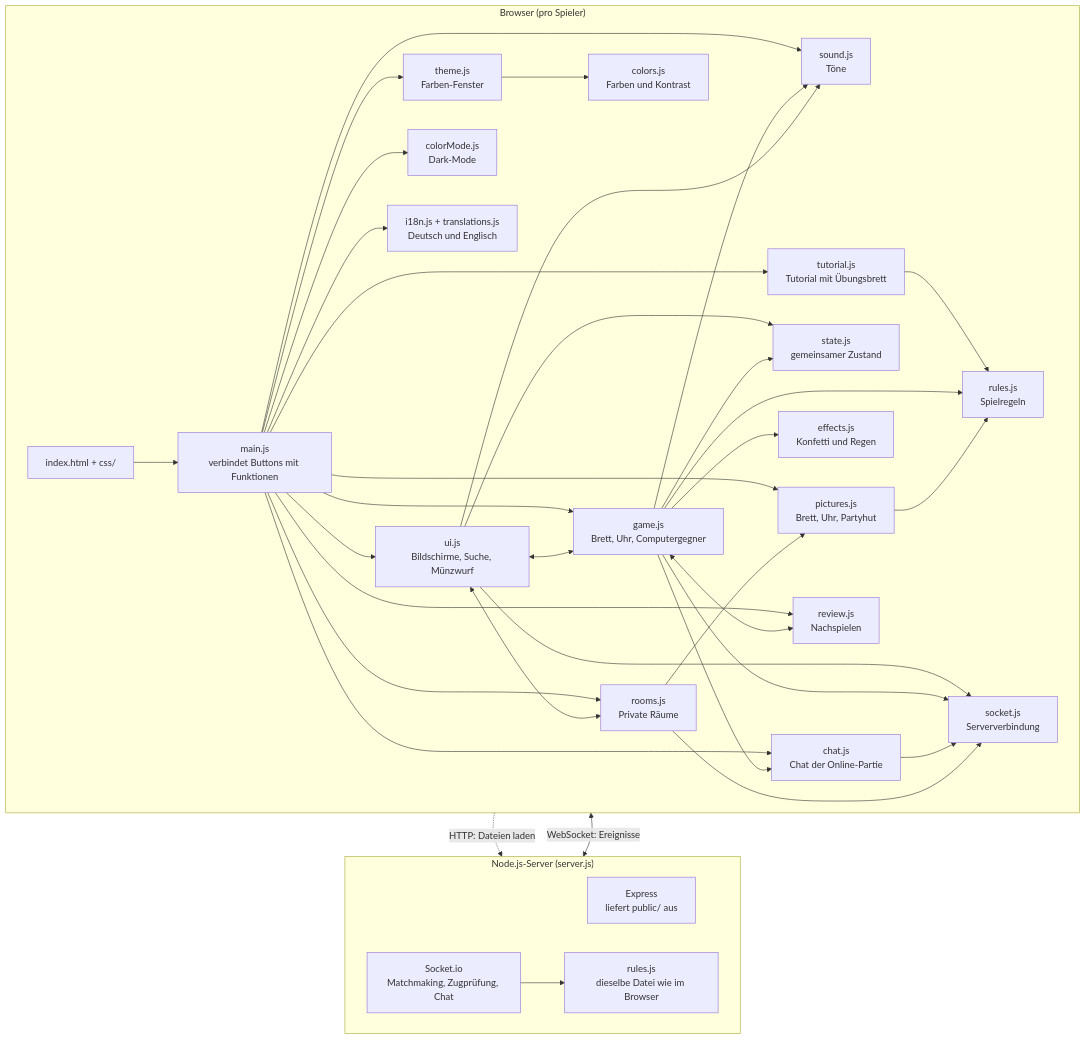
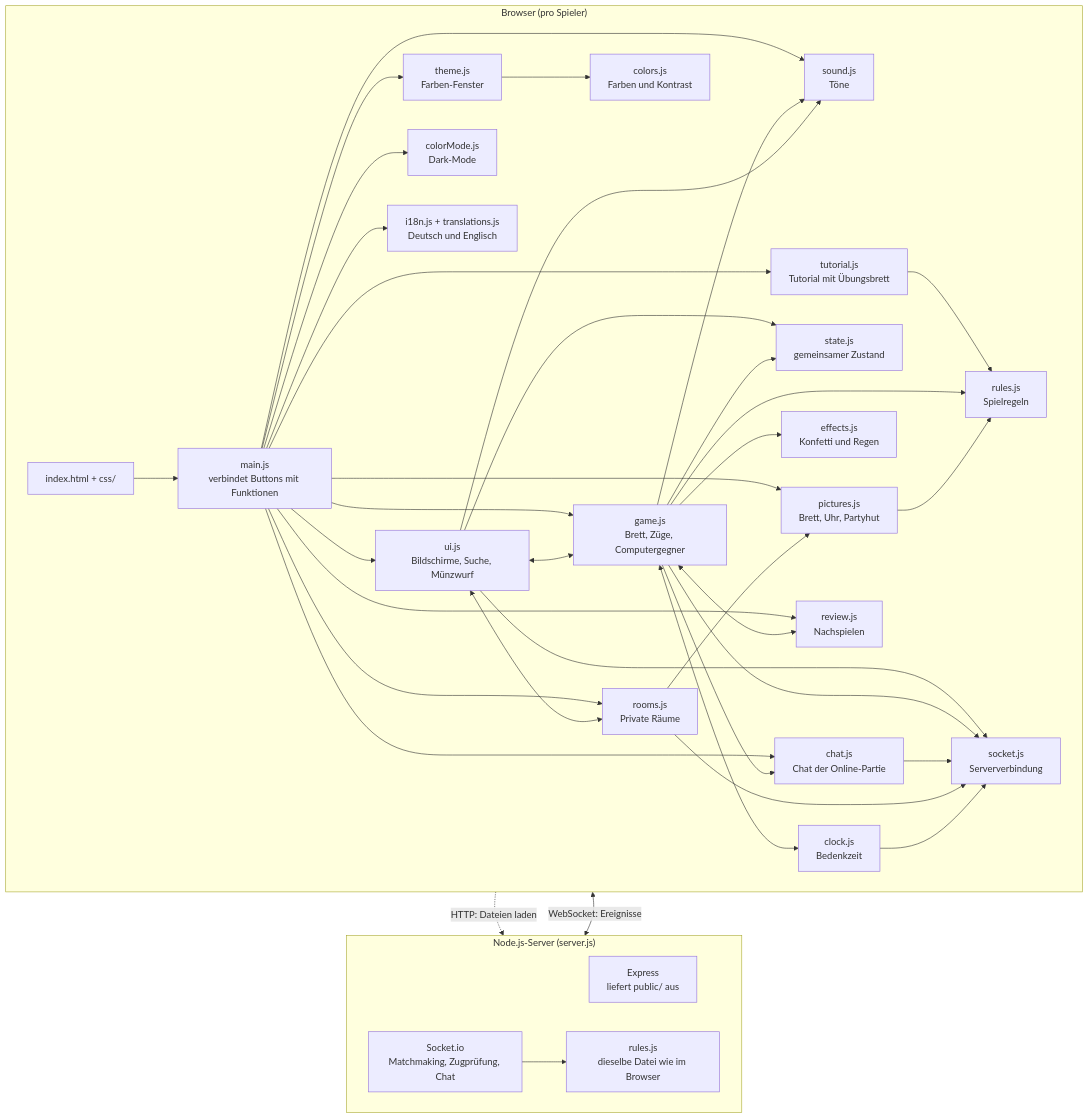
The first of 2 diagrams in README.md (flofries00/WebProgDHBWDame), drawn with Mermaid before and after one commit. The commit also changed other lines of this file and 2 other files, not shown here.

Commit message:
Auslagern: Bedenkzeit-Anzeige von game.js nach clock.js (startClock, switchClock, stopClock, eigene activeColor), README

````diff
--- a/README.md
+++ b/README.md
@@ -164,65 +165,68 @@
 ```mermaid
 flowchart TB
     subgraph Browser["Browser (pro Spieler)"]
         direction LR
         HTML["index.html + css/"]
         Main["main.js<br/>verbindet Buttons mit Funktionen"]
         UI["ui.js<br/>Bildschirme, Suche, Münzwurf"]
-        Game["game.js<br/>Brett, Uhr, Computergegner"]
+        Game["game.js<br/>Brett, Züge, Computergegner"]
         RulesC["rules.js<br/>Spielregeln"]
         Sound["sound.js<br/>Töne"]
         Theme["theme.js<br/>Farben-Fenster"]
         Colors["colors.js<br/>Farben und Kontrast"]
         ColorMode["colorMode.js<br/>Dark-Mode"]
         Tutorial["tutorial.js<br/>Tutorial mit Übungsbrett"]
         State["state.js<br/>gemeinsamer Zustand"]
         SocketC["socket.js<br/>Serververbindung"]
         I18n["i18n.js + translations.js<br/>Deutsch und Englisch"]
         Pictures["pictures.js<br/>Brett, Uhr, Partyhut"]
         Effects["effects.js<br/>Konfetti und Regen"]
         Chat["chat.js<br/>Chat der Online-Partie"]
         Rooms["rooms.js<br/>Private Räume"]
         Review["review.js<br/>Nachspielen"]
+        Clock["clock.js<br/>Bedenkzeit"]
         HTML --> Main
         Main --> UI
         Main --> Game
         Main --> Sound
         Main --> Theme
         Main --> ColorMode
         Main --> Tutorial
         Tutorial --> RulesC
         Theme --> Colors
         UI <--> Game
         Game --> RulesC
         Game --> Sound
         UI --> Sound
         UI --> State
         Game --> State
         UI --> SocketC
         Game --> SocketC
         Main --> I18n
         Main --> Pictures
         Pictures --> RulesC
         Game --> Effects
         Main --> Chat
         Game --> Chat
         Chat --> SocketC
         Main --> Rooms
         UI <--> Rooms
         Rooms --> Pictures
         Rooms --> SocketC
         Main --> Review
         Game <--> Review
+        Game <--> Clock
+        Clock --> SocketC
     end
 
     subgraph Server["Node.js-Server (server.js)"]
         direction LR
         Express["Express<br/>liefert public/ aus"]
         IO["Socket.io<br/>Matchmaking, Zugprüfung, Chat"]
         RulesS["rules.js<br/>dieselbe Datei wie im Browser"]
         IO --> RulesS
     end
 
     HTML -.->|"HTTP: Dateien laden"| Express
     SocketC <-->|"WebSocket: Ereignisse"| IO
 ```
````
